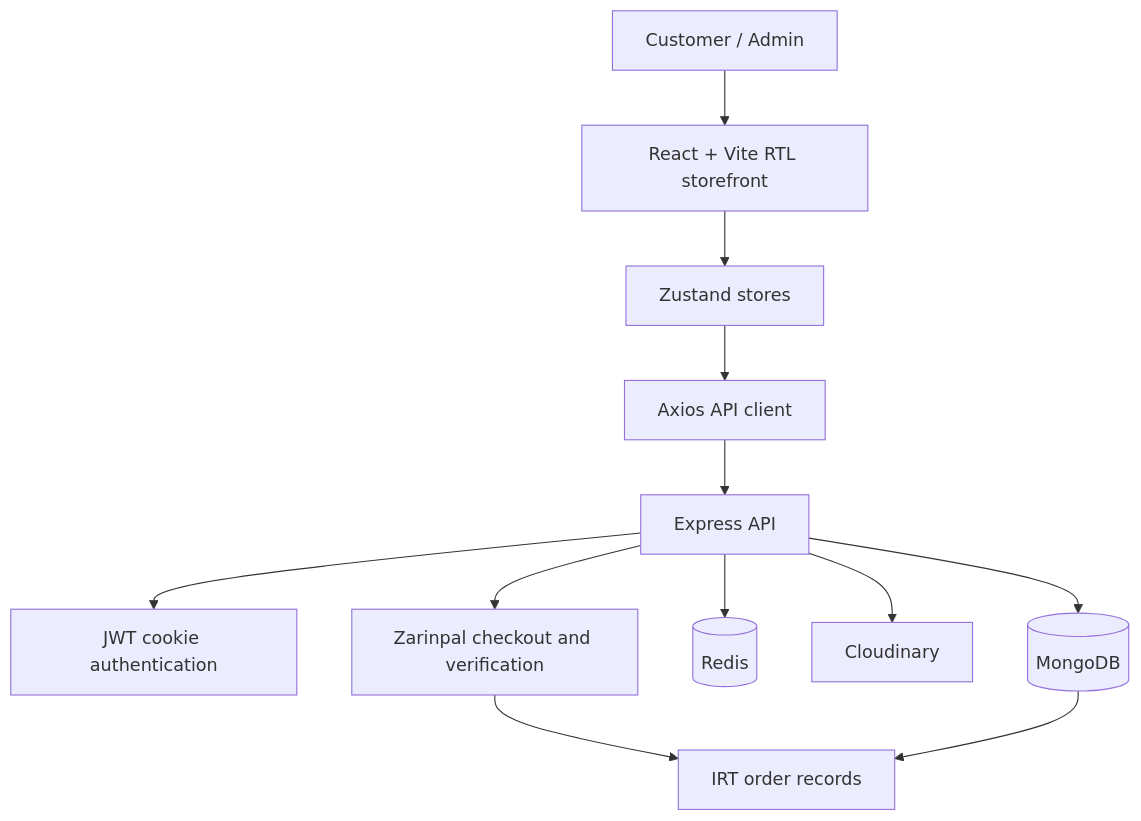
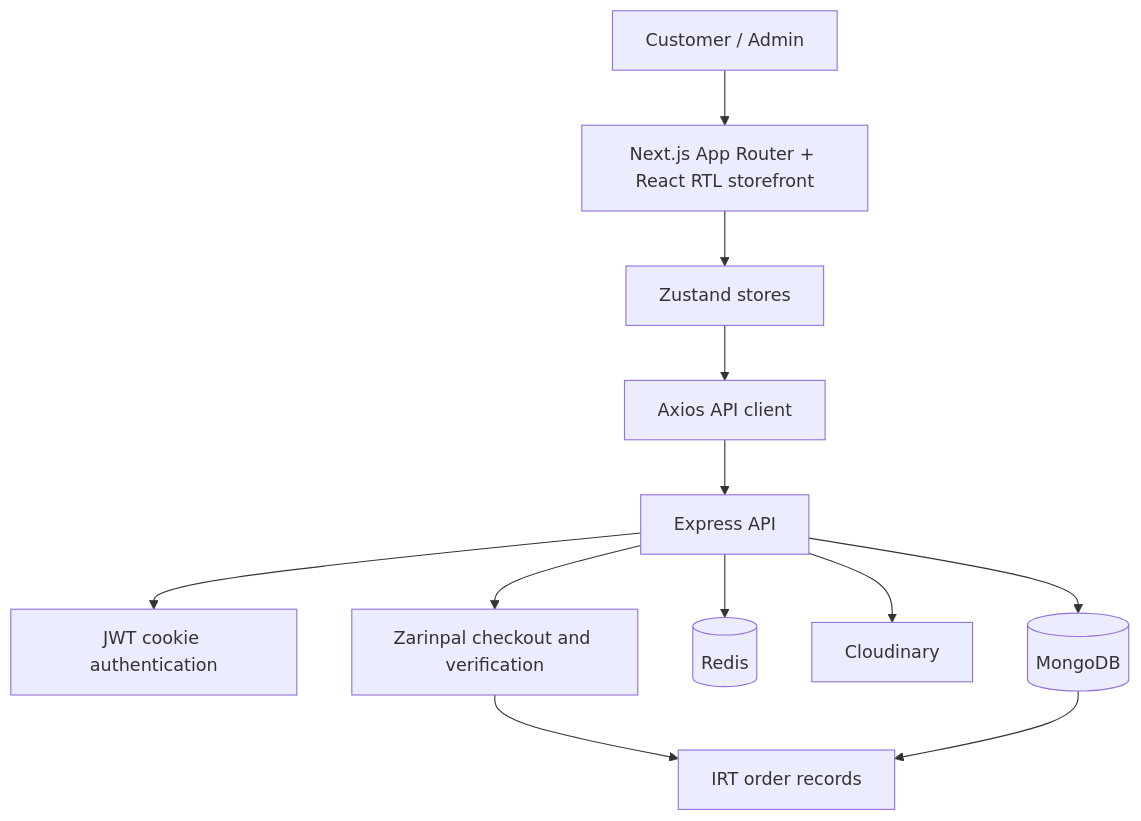
One commit to ItsWanheda/mern-ecommerce changed the diagram in README.md. Above: the diagram before and after it, drawn with Mermaid. The commit also changed other lines of this file and 34 other files, not shown here.

Commit message:
feat(frontend): add Next.js App Router migration bridge

````diff
--- a/README.md
+++ b/README.md
@@ -63,14 +63,14 @@
 ```mermaid
 flowchart TD
-    Customer[Customer / Admin] --> Web[React + Vite RTL storefront]
+    Customer[Customer / Admin] --> Web[Next.js App Router + React RTL storefront]
     Web --> State[Zustand stores]
     State --> Client[Axios API client]
     Client --> API[Express API]
     API --> Auth[JWT cookie authentication]
     API --> DB[(MongoDB)]
     API --> Redis[(Redis)]
     API --> Media[Cloudinary]
     API --> Checkout[Zarinpal checkout and verification]
     Checkout --> Orders[IRT order records]
     DB --> Orders
 ```
````
